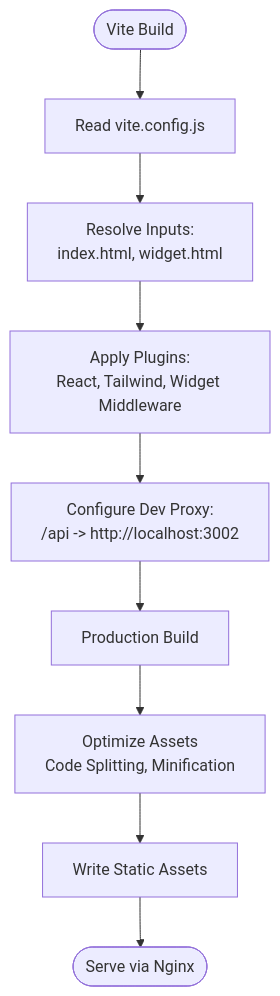
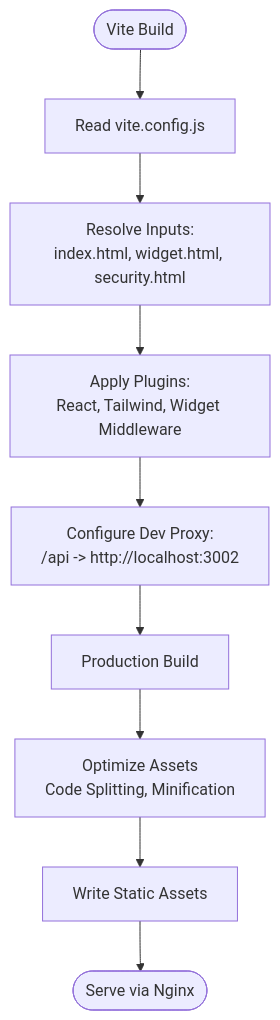
One commit to RunTimeAdmin/AgentID changed the third of 6 diagrams in .qoder/repowiki/en/content/Build & Deployment/Build & Deployment.md. Above: the diagram before and after it, drawn with Mermaid. The commit also changed other lines of this file and 6 other files, not shown here.

````diff
--- a/.qoder/repowiki/en/content/Build & Deployment/Build & Deployment.md
+++ b/.qoder/repowiki/en/content/Build & Deployment/Build & Deployment.md
@@ -151,11 +161,11 @@
 ```mermaid
 flowchart TD
 Start(["Vite Build"]) --> ReadCfg["Read vite.config.js"]
-ReadCfg --> ResolveInputs["Resolve Inputs:<br/>index.html, widget.html"]
+ReadCfg --> ResolveInputs["Resolve Inputs:<br/>index.html, widget.html, security.html"]
 ResolveInputs --> Plugins["Apply Plugins:<br/>React, Tailwind, Widget Middleware"]
 Plugins --> DevProxy["Configure Dev Proxy:<br/>/api -> http://localhost:3002"]
 DevProxy --> BuildProd["Production Build"]
 BuildProd --> Optimize["Optimize Assets<br/>Code Splitting, Minification"]
 Optimize --> Output["Write Static Assets"]
 Output --> End(["Serve via Nginx"])
 ```
````
